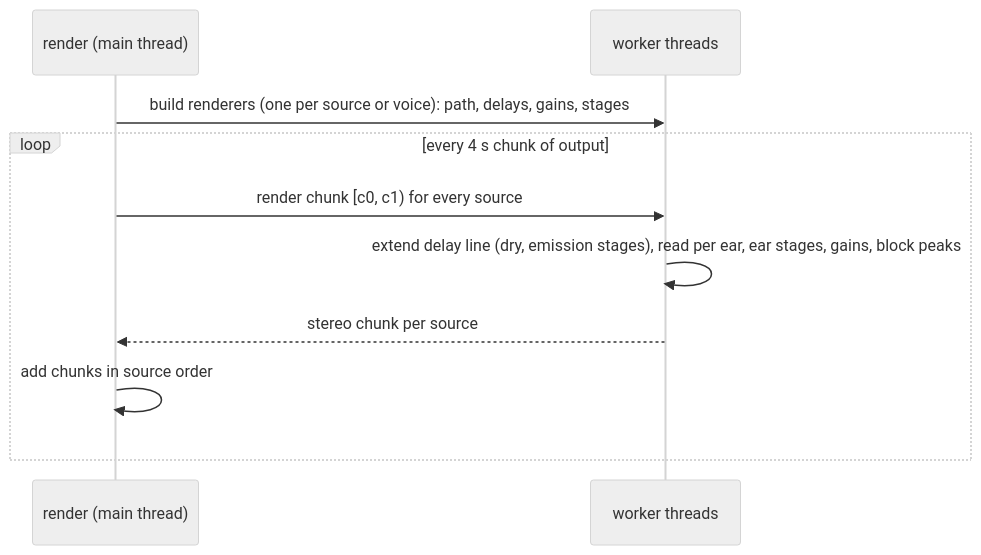
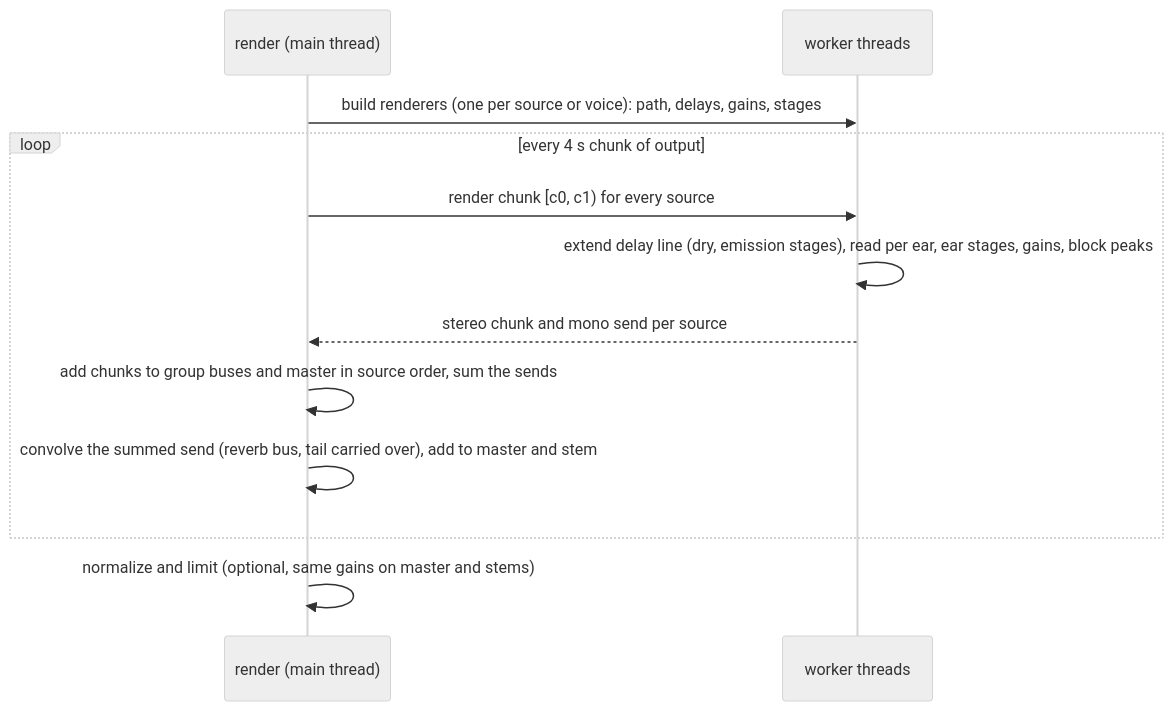
The second of 2 diagrams in research/models/processing-chain.md (Agents-Robots/soundstage), drawn with Mermaid (neutral theme) before and after one commit. The commit also changed other lines of this file and 66 other files, not shown here.

````diff
--- a/research/models/processing-chain.md
+++ b/research/models/processing-chain.md
@@ -71,12 +85,14 @@
 ```mermaid
 sequenceDiagram
     participant M as render (main thread)
     participant W as worker threads
     M->>W: build renderers (one per source or voice): path, delays, gains, stages
     loop every 4 s chunk of output
         M->>W: render chunk [c0, c1) for every source
         W->>W: extend delay line (dry, emission stages), read per ear, ear stages, gains, block peaks
-        W-->>M: stereo chunk per source
-        M->>M: add chunks in source order
+        W-->>M: stereo chunk and mono send per source
+        M->>M: add chunks to group buses and master in source order, sum the sends
+        M->>M: convolve the summed send (reverb bus, tail carried over), add to master and stem
     end
+    M->>M: normalize and limit (optional, same gains on master and stems)
 ```
````
